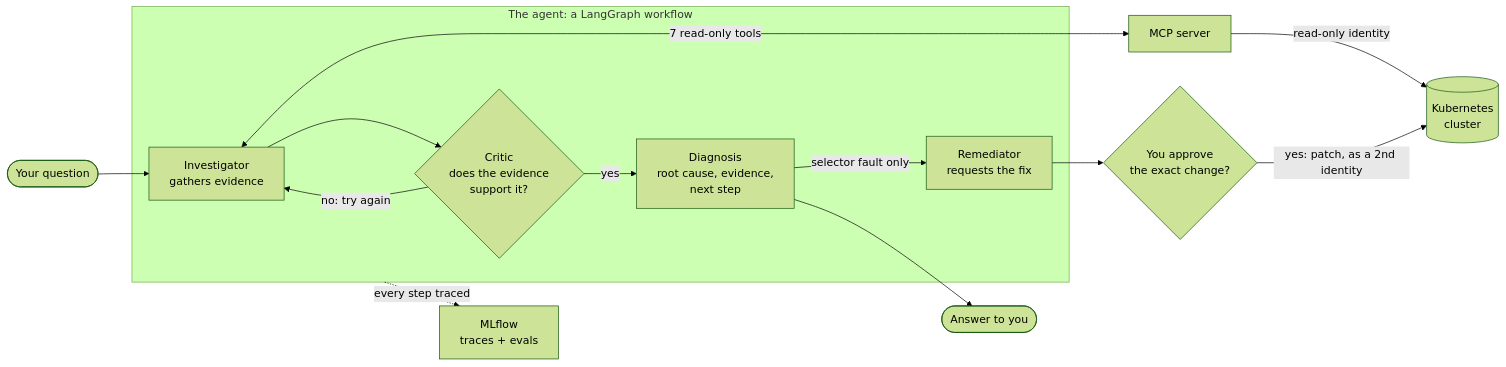
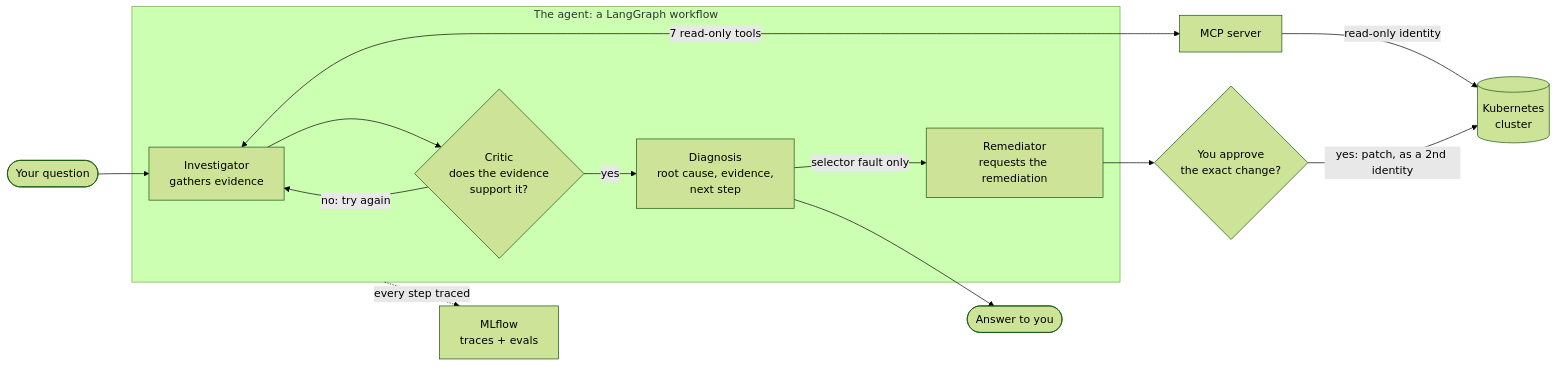
One commit to tomershukhman/k8s-troubleshooting-agent changed the first of 6 diagrams in DESIGN.md. Above: the diagram before and after it, drawn with Mermaid (forest theme). The commit also changed other lines of this file, not shown here.

Commit message:
DESIGN: call it remediation, as the README and the brief do [skip ci]

````diff
--- a/DESIGN.md
+++ b/DESIGN.md
@@ -18,16 +18,16 @@
 ```mermaid
 flowchart LR
     q(["Your question"]) --> inv
     subgraph agent["The agent: a LangGraph workflow"]
         inv["Investigator<br/>gathers evidence"] --> critic{"Critic<br/>does the evidence<br/>support it?"}
         critic -- "no: try again" --> inv
         critic -- "yes" --> diag["Diagnosis<br/>root cause, evidence,<br/>next step"]
-        diag -- "selector fault only" --> rem["Remediator<br/>requests the fix"]
+        diag -- "selector fault only" --> rem["Remediator<br/>requests the remediation"]
     end
     inv <-- "7 read-only tools" --> mcp["MCP server"]
     mcp -- "read-only identity" --> k8s[("Kubernetes<br/>cluster")]
     rem --> ok{"You approve<br/>the exact change?"}
     ok -- "yes: patch, as a 2nd identity" --> k8s
     diag --> out(["Answer to you"])
     agent -. "every step traced" .-> ml["MLflow<br/>traces + evals"]
 ```
````
